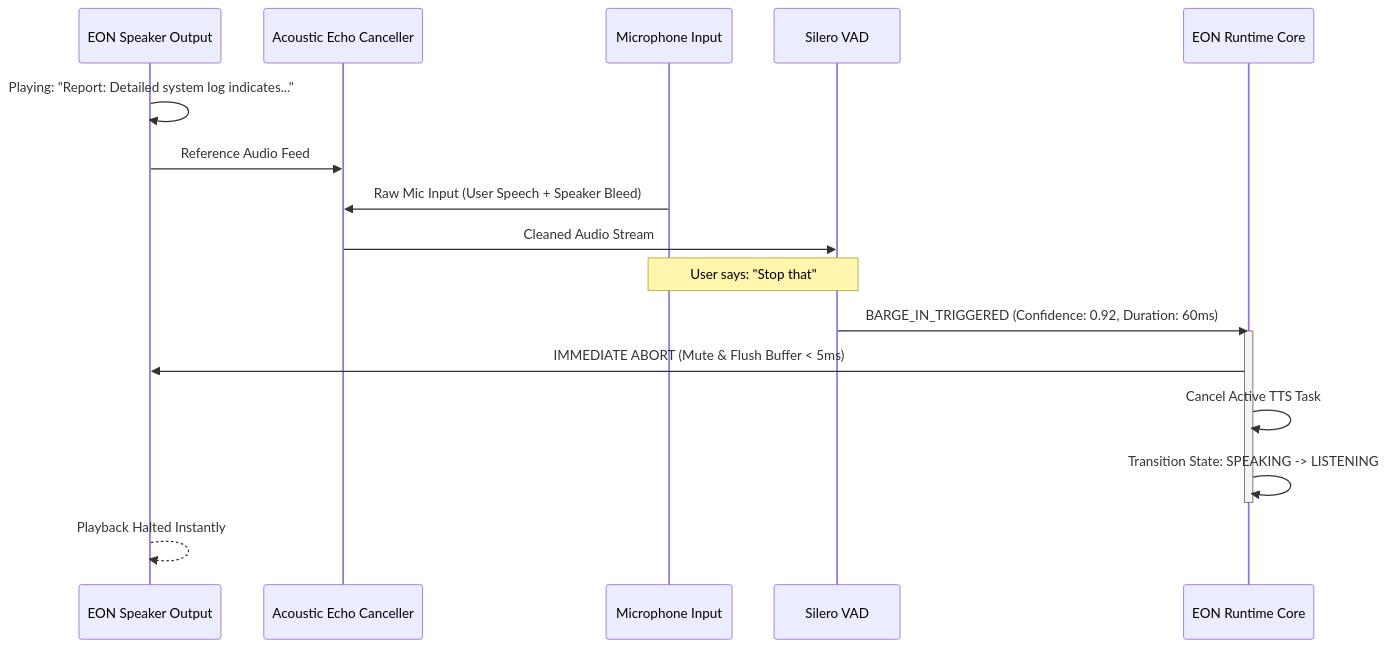
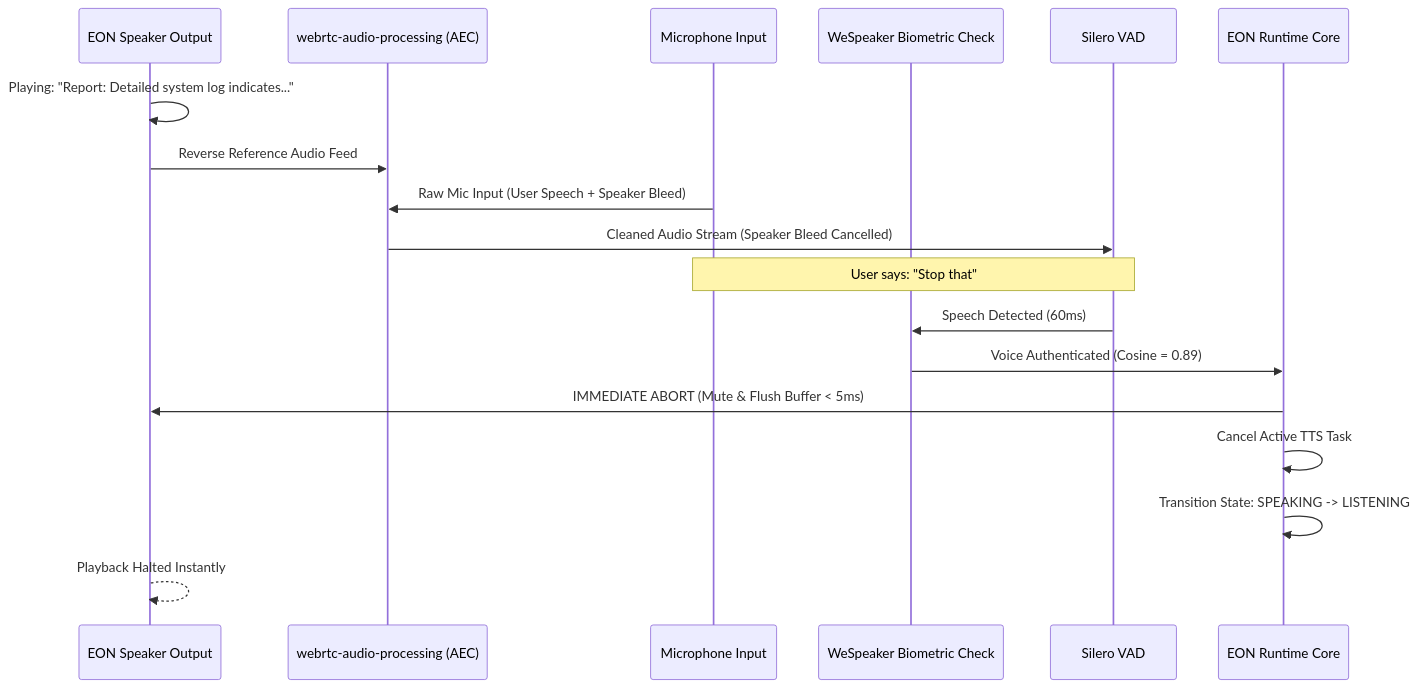
The second of 2 diagrams in docs/VOICE_PIPELINE_SPECIFICATION.md (Imperialorg/Eonba), drawn with Mermaid before and after one commit. The commit also changed other lines of this file and 24 other files, not shown here.

````diff
--- a/docs/VOICE_PIPELINE_SPECIFICATION.md
+++ b/docs/VOICE_PIPELINE_SPECIFICATION.md
@@ -94,21 +158,21 @@
 ```mermaid
 sequenceDiagram
     participant Speaker as EON Speaker Output
-    participant AEC as Acoustic Echo Canceller
+    participant AEC as webrtc-audio-processing (AEC)
     participant Mic as Microphone Input
+    participant SpkID as WeSpeaker Biometric Check
     participant VAD as Silero VAD
     participant Core as EON Runtime Core
 
     Speaker->>Speaker: Playing: "Report: Detailed system log indicates..."
-    Speaker->>AEC: Reference Audio Feed
+    Speaker->>AEC: Reverse Reference Audio Feed
     Mic->>AEC: Raw Mic Input (User Speech + Speaker Bleed)
-    AEC->>VAD: Cleaned Audio Stream
+    AEC->>VAD: Cleaned Audio Stream (Speaker Bleed Cancelled)
     Note over Mic,VAD: User says: "Stop that"
-    VAD->>Core: BARGE_IN_TRIGGERED (Confidence: 0.92, Duration: 60ms)
-    activate Core
+    VAD->>SpkID: Speech Detected (60ms)
+    SpkID->>Core: Voice Authenticated (Cosine = 0.89)
     Core->>Speaker: IMMEDIATE ABORT (Mute & Flush Buffer < 5ms)
     Core->>Core: Cancel Active TTS Task
     Core->>Core: Transition State: SPEAKING -> LISTENING
-    deactivate Core
     Speaker-->>Speaker: Playback Halted Instantly
 ```
````
